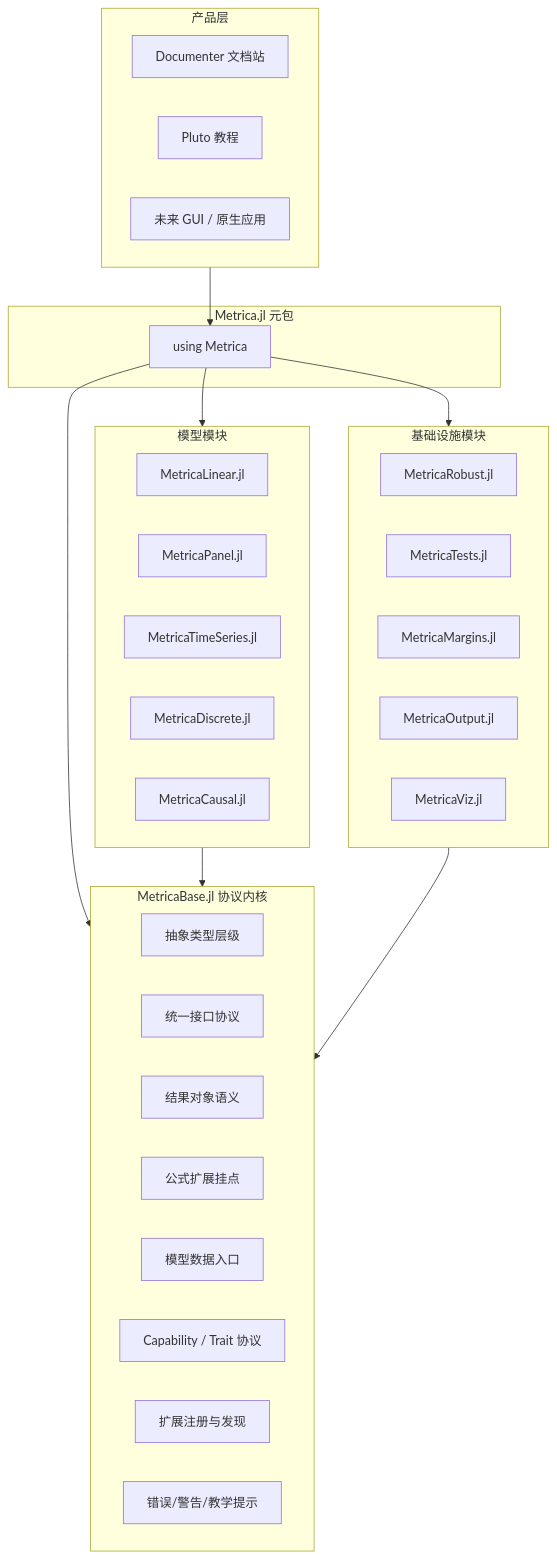
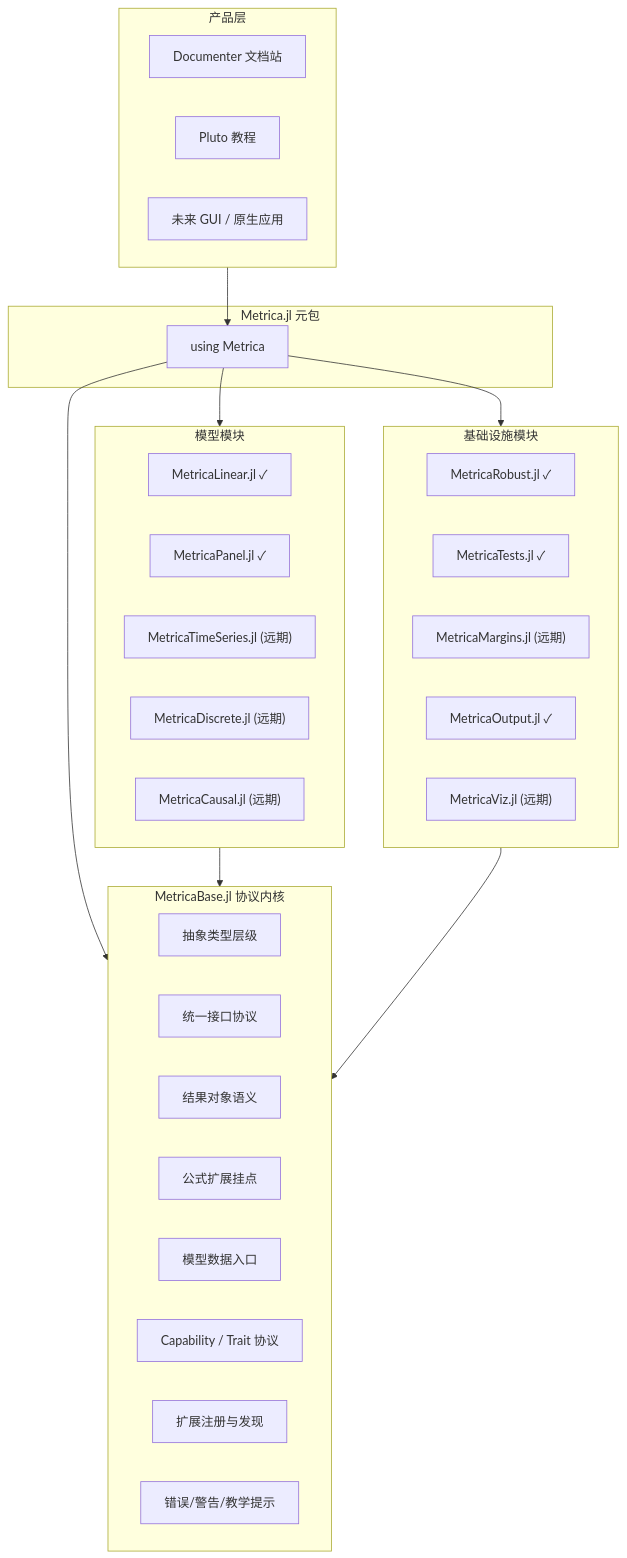
Before and after one commit to skahanium/Metrica: the diagram in Metrica.jl-计量经济学框架-完善版.md, drawn with Mermaid. The commit also changed other lines of this file and 7 other files, not shown here.

First line of the commit message:
docs: 完善项目蓝图并修复文档体系一致性问题

````diff
--- a/Metrica.jl-计量经济学框架-完善版.md
+++ b/Metrica.jl-计量经济学框架-完善版.md
@@ -61,46 +74,46 @@
 ```mermaid
 graph TB
     subgraph meta["Metrica.jl 元包"]
         M["using Metrica"]
     end
 
     subgraph base["MetricaBase.jl 协议内核"]
         T["抽象类型层级"]
         I["统一接口协议"]
         R["结果对象语义"]
         F["公式扩展挂点"]
         D["模型数据入口"]
         C["Capability / Trait 协议"]
         P["扩展注册与发现"]
         E["错误/警告/教学提示"]
     end
 
     subgraph modules["模型模块"]
-        L["MetricaLinear.jl"]
-        PN["MetricaPanel.jl"]
-        TS["MetricaTimeSeries.jl"]
-        DC["MetricaDiscrete.jl"]
-        CA["MetricaCausal.jl"]
+        L["MetricaLinear.jl ✓"]
+        PN["MetricaPanel.jl ✓"]
+        TS["MetricaTimeSeries.jl (远期)"]
+        DC["MetricaDiscrete.jl (远期)"]
+        CA["MetricaCausal.jl (远期)"]
     end
 
     subgraph infra["基础设施模块"]
-        RB["MetricaRobust.jl"]
-        TT["MetricaTests.jl"]
-        MG["MetricaMargins.jl"]
-        O["MetricaOutput.jl"]
-        V["MetricaViz.jl"]
+        RB["MetricaRobust.jl ✓"]
+        TT["MetricaTests.jl ✓"]
+        MG["MetricaMargins.jl (远期)"]
+        O["MetricaOutput.jl ✓"]
+        V["MetricaViz.jl (远期)"]
     end
 
     subgraph product["产品层"]
         DOC["Documenter 文档站"]
         PL["Pluto 教程"]
         APP["未来 GUI / 原生应用"]
     end
 
     M --> base
     M --> modules
     M --> infra
     modules --> base
     infra --> base
     product --> M
 ```
````
